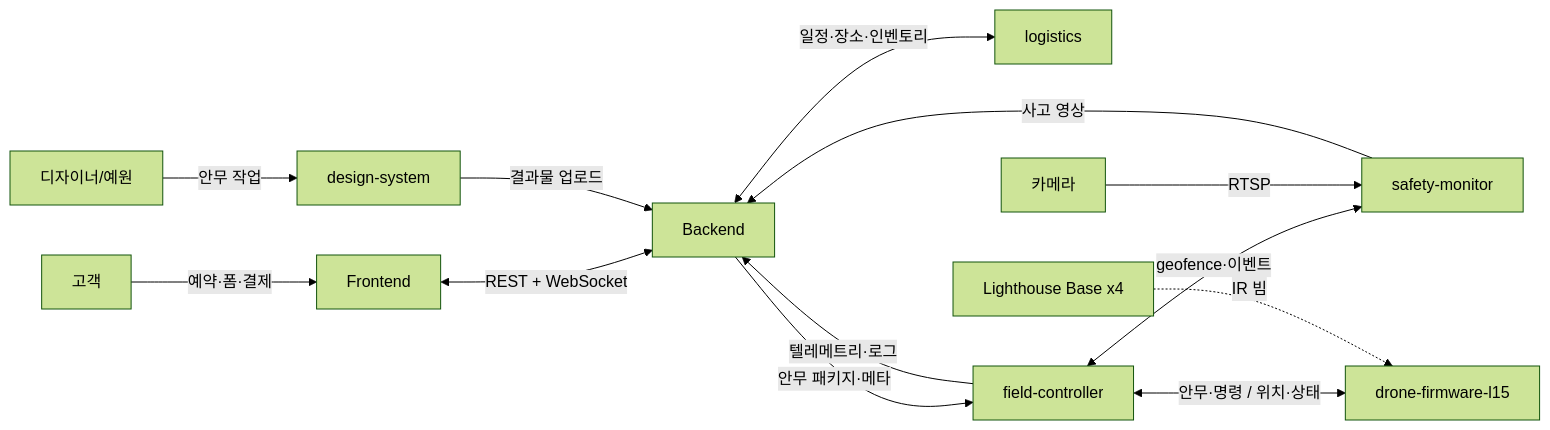
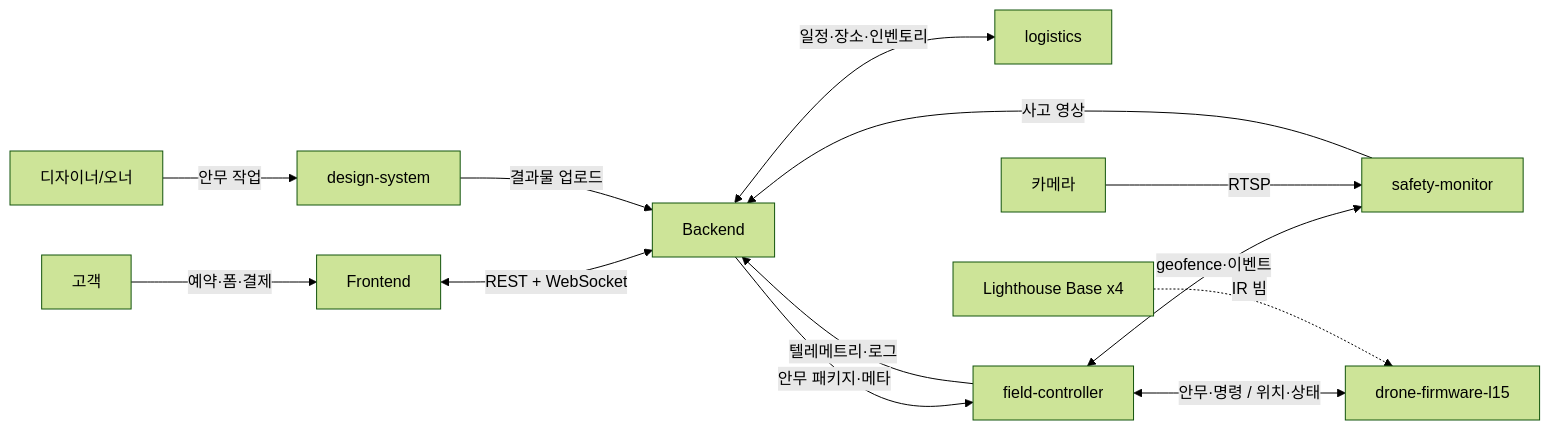
One commit to Yewon419/HangsungDrone changed the diagram in docs/design/02_interface_catalog.md. Above: the diagram before and after it, drawn with Mermaid (forest theme). The commit also changed 2 other files, not shown here.

Commit message:
Rename owner references from personal name to generic "오너"
Replaces 8 occurrences across 4 docs (02, 03, 04, v0.2 meeting
summary). Personal name removed from public repo; system actor /
RBAC role / sequence diagrams now use "오너".

````diff
--- a/docs/design/02_interface_catalog.md
+++ b/docs/design/02_interface_catalog.md
@@ -17,15 +17,15 @@
 ```mermaid
 graph LR
     User[고객] -->|예약·폼·결제| Frontend
     Frontend <-->|REST + WebSocket| Backend
-    Designer[디자이너/예원] -->|안무 작업| DS[design-system]
+    Designer[디자이너/오너] -->|안무 작업| DS[design-system]
     DS -->|결과물 업로드| Backend
     Backend <-->|일정·장소·인벤토리| Log[logistics]
     Backend -->|안무 패키지·메타| FC[field-controller]
     FC -->|텔레메트리·로그| Backend
     FC <-->|geofence·이벤트| SM[safety-monitor]
     SM -->|사고 영상| Backend
     FC <-->|안무·명령 / 위치·상태| DF[drone-firmware-l15]
     Cam[카메라] -->|RTSP| SM
     LH[Lighthouse Base x4] -.->|IR 빔| DF
 ```
````
